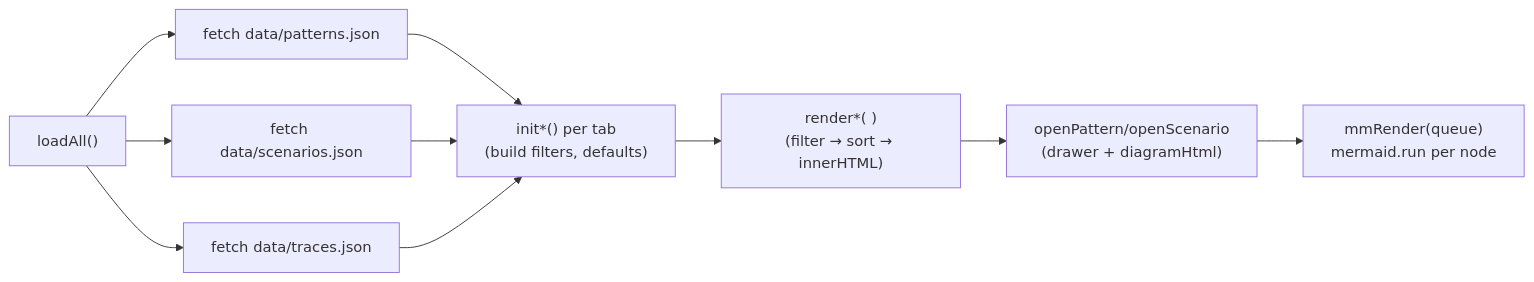
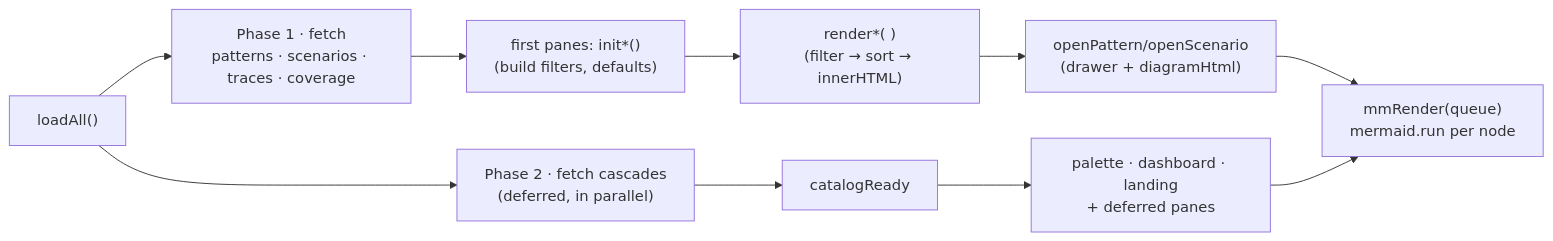
One commit to harishgovardhandamodar/AI-Agents-Patterns changed the third of 4 diagrams in design/03-control-flow.md. Above: the diagram before and after it, drawn with Mermaid. The commit also changed other lines of this file and 11 other files, not shown here.

First line of the commit message:
Docs: refresh design & architecture for the current app + new runtime/offline doc

````diff
--- a/design/03-control-flow.md
+++ b/design/03-control-flow.md
@@ -70,10 +70,12 @@
 ```mermaid
 flowchart LR
-  BOOT["loadAll()"] --> F1["fetch data/patterns.json"]
-  BOOT --> F2["fetch data/scenarios.json"]
-  BOOT --> F3["fetch data/traces.json"]
-  F1 & F2 & F3 --> INIT["init*() per tab<br/>(build filters, defaults)"]
-  INIT --> RENDER["render*( )<br/>(filter → sort → innerHTML)"]
+  BOOT["loadAll()"] --> P1["Phase 1 · fetch<br/>patterns · scenarios · traces · coverage"]
+  BOOT --> P2["Phase 2 · fetch cascades<br/>(deferred, in parallel)"]
+  P1 --> EARLY["first panes: init*()<br/>(build filters, defaults)"]
+  P2 --> CAT["catalogReady"]
+  EARLY --> RENDER["render*( )<br/>(filter → sort → innerHTML)"]
+  CAT --> WIDE["palette · dashboard · landing<br/>+ deferred panes"]
   RENDER --> DETAIL["openPattern/openScenario<br/>(drawer + diagramHtml)"]
   DETAIL --> MM["mmRender(queue)<br/>mermaid.run per node"]
+  WIDE --> MM
 ```
````
